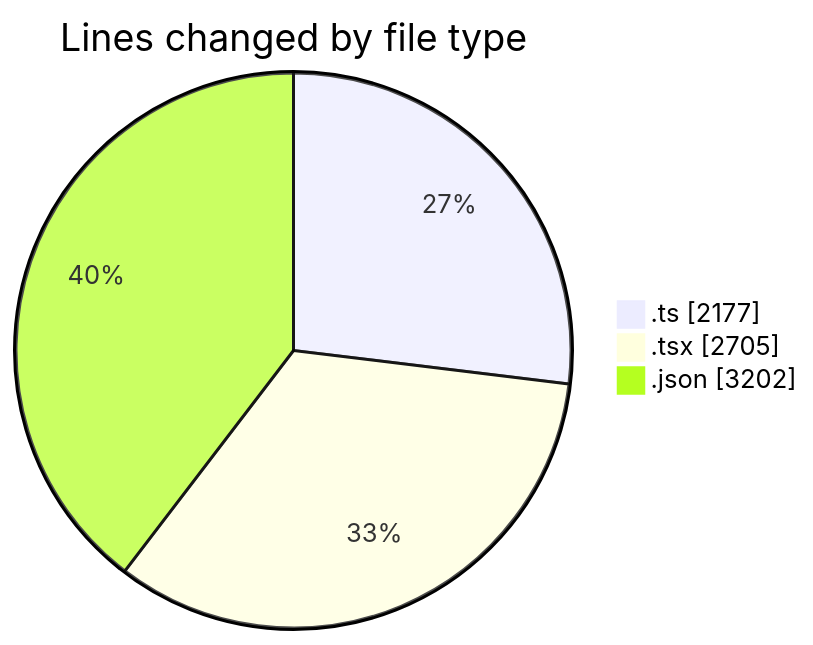
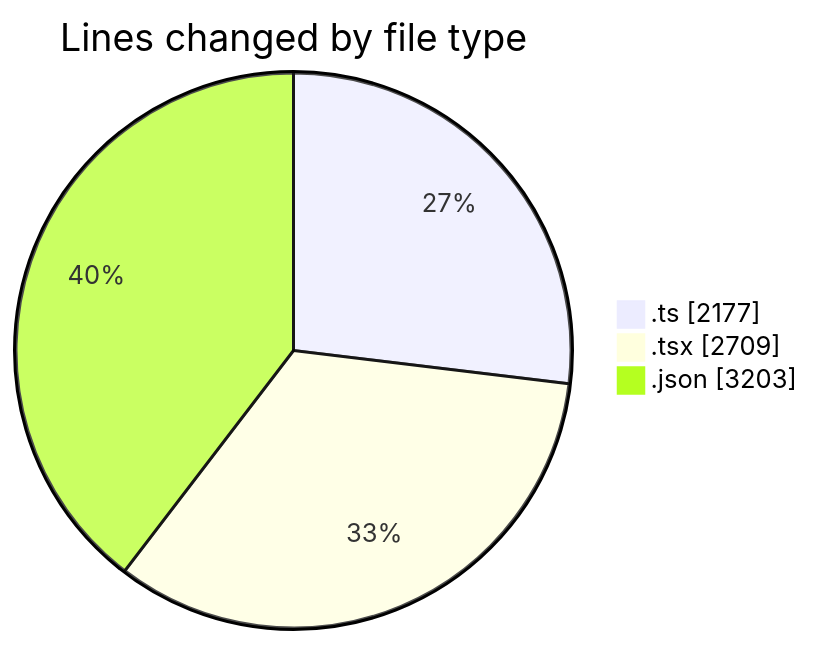
One commit to julien-gomy/code-tracking changed the first of 2 diagrams in 2025-10-23/eventscop-frontend-guide__workspace_/README.md. Above: the diagram before and after it, drawn with Mermaid. The commit also changed other lines of this file and 1 other file, not shown here.

````diff
--- a/2025-10-23/eventscop-frontend-guide__workspace_/README.md
+++ b/2025-10-23/eventscop-frontend-guide__workspace_/README.md
@@ -40,7 +40,7 @@
 ```mermaid
 pie showData
 title Lines changed by file type
 ".ts" : 2177
-".tsx" : 2705
-".json" : 3202
+".tsx" : 2709
+".json" : 3203
 ```
````
